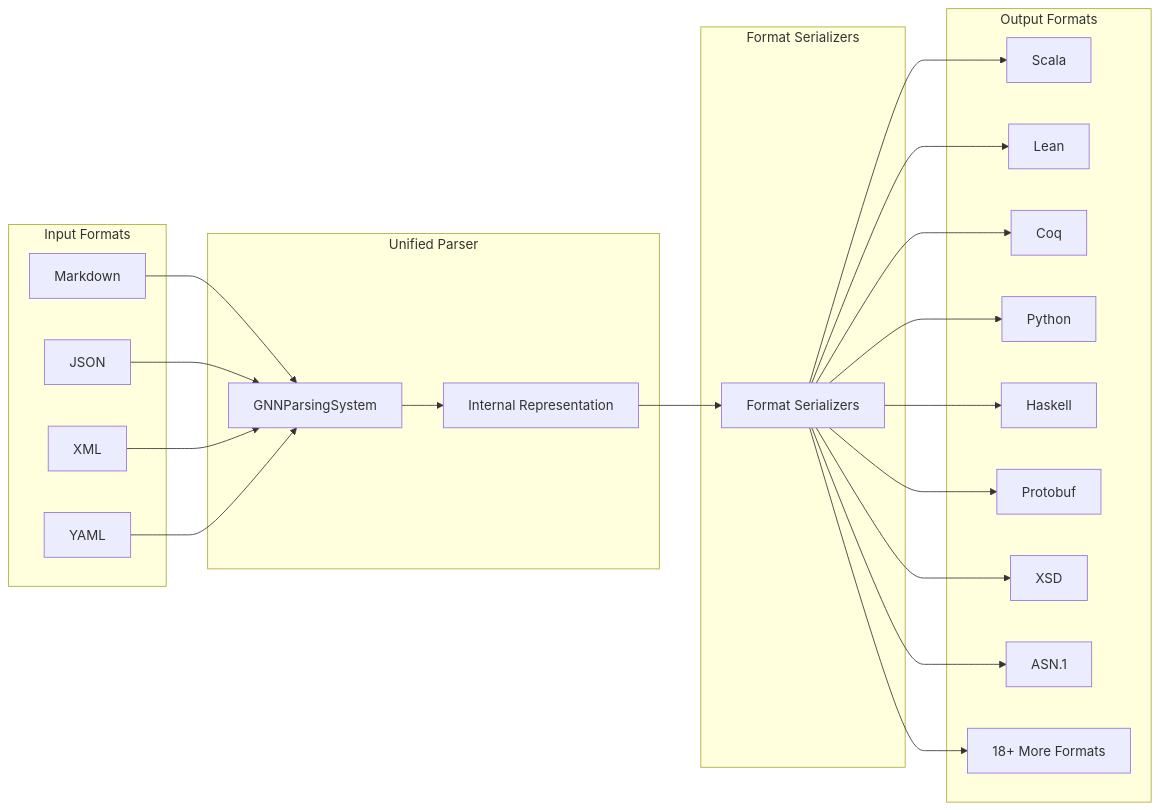
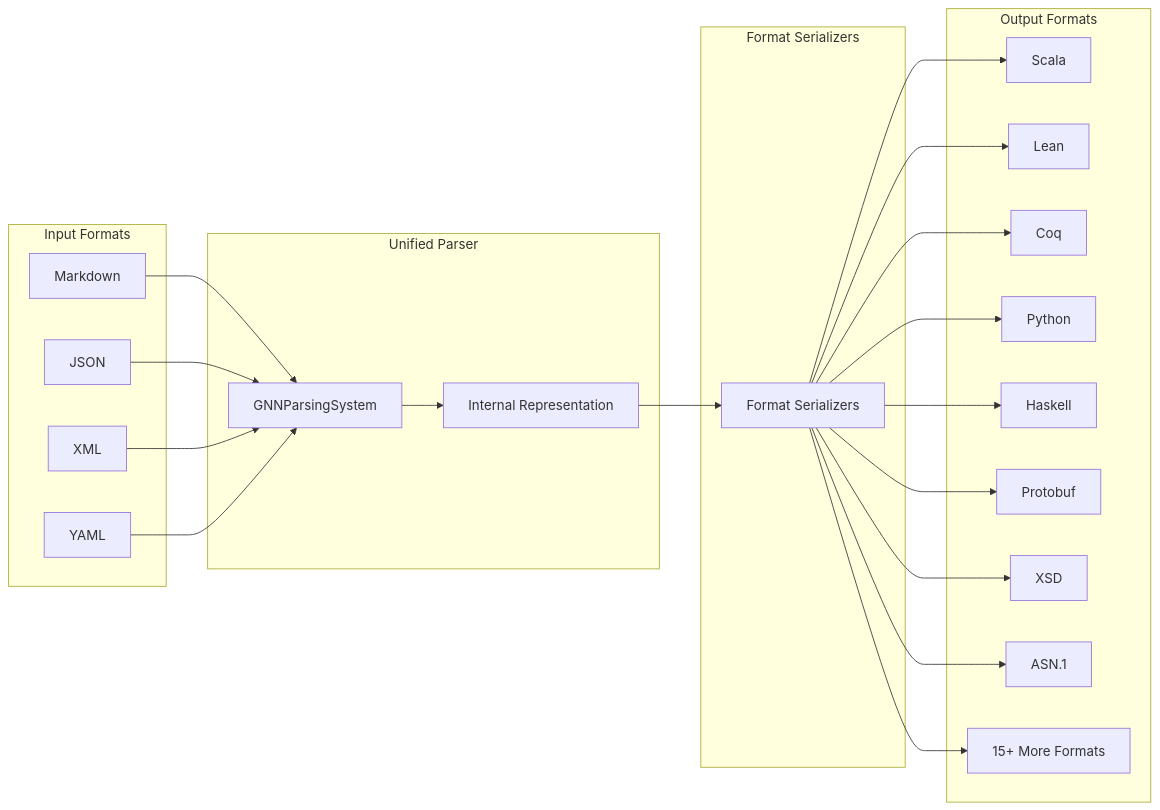
Before and after one commit to ActiveInferenceInstitute/GeneralizedNotationNotation: the second of 4 diagrams in src/gnn/README.md, drawn with Mermaid. The commit also changed other lines of this file and 200 other files, not shown here.

````diff
--- a/src/gnn/README.md
+++ b/src/gnn/README.md
@@ -55,48 +55,48 @@
 ```mermaid
 graph LR
     subgraph "Input Formats"
         MD[Markdown]
         JSON_IN[JSON]
         XML_IN[XML]
         YAML_IN[YAML]
     end
     
     subgraph "Unified Parser"
         Parser[GNNParsingSystem]
         IR[Internal Representation]
     end
     
     subgraph "Format Serializers"
         Serializer[Format Serializers]
     end
     
     subgraph "Output Formats"
         SCALA[Scala]
         LEAN[Lean]
         COQ[Coq]
         PYTHON[Python]
         HASKELL[Haskell]
         PROTOBUF[Protobuf]
         XSD[XSD]
         ASN1[ASN.1]
-        OTHERS[18+ More Formats]
+        OTHERS[15+ More Formats]
     end
     
     MD --> Parser
     JSON_IN --> Parser
     XML_IN --> Parser
     YAML_IN --> Parser
     
     Parser --> IR
     IR --> Serializer
     
     Serializer --> SCALA
     Serializer --> LEAN
     Serializer --> COQ
     Serializer --> PYTHON
     Serializer --> HASKELL
     Serializer --> PROTOBUF
     Serializer --> XSD
     Serializer --> ASN1
     Serializer --> OTHERS
 ```
````
